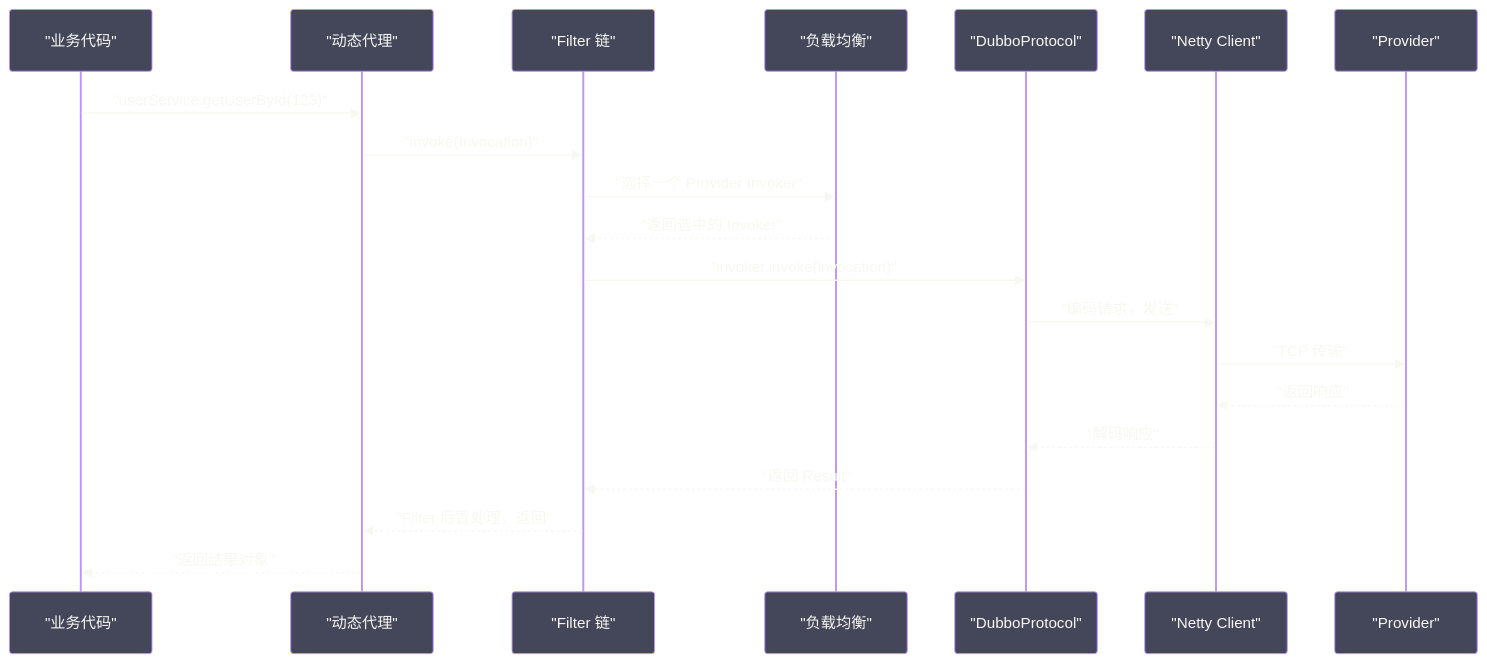
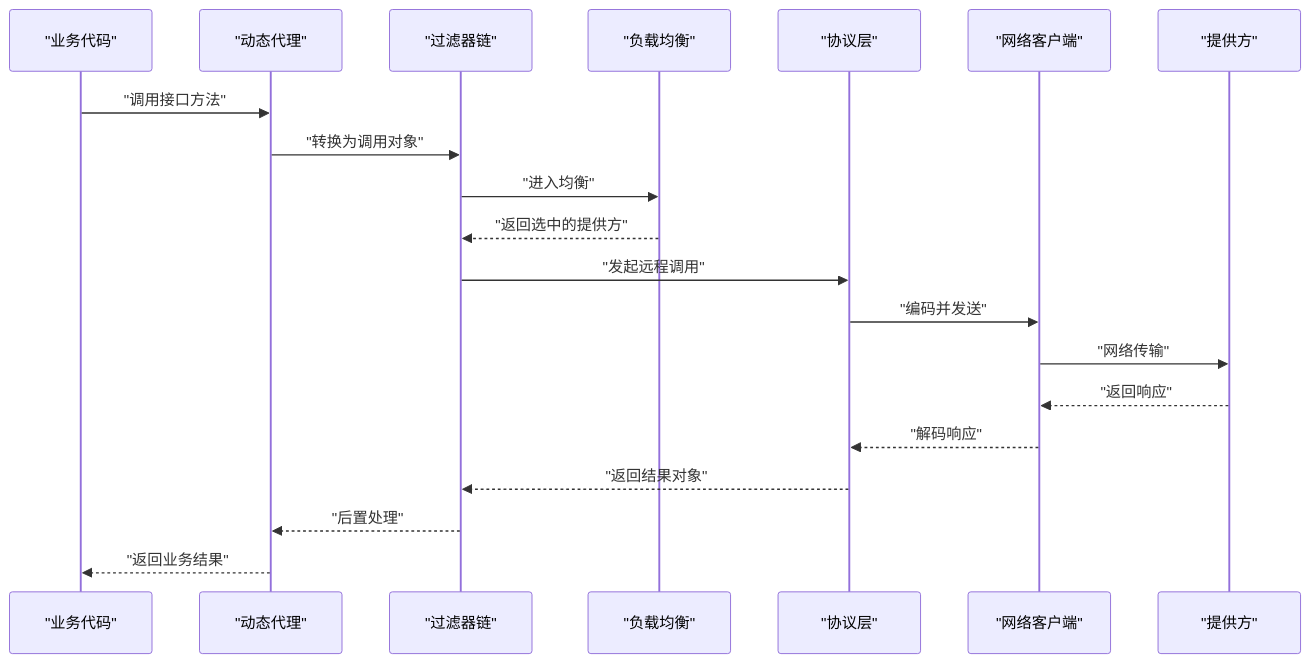
The second of 2 diagrams in content/中间件/Dubbo/01 Dubbo 全局架构——服务注册、发现与调用链路.md (hpliStartAgain/my-brain), drawn with Mermaid before and after one commit. The commit also changed other lines of this file and 56 other files, not shown here.

````diff
--- a/content/中间件/Dubbo/01 Dubbo 全局架构——服务注册、发现与调用链路.md
+++ b/content/中间件/Dubbo/01 Dubbo 全局架构——服务注册、发现与调用链路.md
@@ -192,24 +438,24 @@
 ```mermaid
-%%{init: {'theme': 'base', 'themeVariables': {'primaryColor': '#6272a4', 'primaryTextColor': '#f8f8f2', 'primaryBorderColor': '#bd93f9', 'lineColor': '#ff79c6', 'secondaryColor': '#44475a', 'tertiaryColor': '#282a36', 'background': '#282a36', 'mainBkg': '#44475a'}}}%%
+%%{init: {'theme': 'dracula'}}%%
 sequenceDiagram
     participant BIZ as "业务代码"
-    participant PROXY as "动态代理"
-    participant FILTER as "Filter 链"
+    participant PX as "动态代理"
+    participant FL as "过滤器链"
     participant LB as "负载均衡"
-    participant PROTOCOL as "DubboProtocol"
-    participant NETTY as "Netty Client"
-    participant PROVIDER as "Provider"
+    participant PR as "协议层"
+    participant NT as "网络客户端"
+    participant SV as "提供方"
 
-    BIZ->>PROXY: "userService.getUserById(123)"
-    PROXY->>FILTER: "invoke(Invocation)"
-    FILTER->>LB: "选择一个 Provider Invoker"
-    LB-->>FILTER: "返回选中的 Invoker"
-    FILTER->>PROTOCOL: "invoker.invoke(invocation)"
-    PROTOCOL->>NETTY: "编码请求，发送"
-    NETTY->>PROVIDER: "TCP 传输"
-    PROVIDER-->>NETTY: "返回响应"
-    NETTY-->>PROTOCOL: "解码响应"
-    PROTOCOL-->>FILTER: "返回 Result"
-    FILTER-->>PROXY: "Filter 后置处理，返回"
-    PROXY-->>BIZ: "返回结果对象"
+    BIZ->>PX: "调用接口方法"
+    PX->>FL: "转换为调用对象"
+    FL->>LB: "进入均衡"
+    LB-->>FL: "返回选中的提供方"
+    FL->>PR: "发起远程调用"
+    PR->>NT: "编码并发送"
+    NT->>SV: "网络传输"
+    SV-->>NT: "返回响应"
+    NT-->>PR: "解码响应"
+    PR-->>FL: "返回结果对象"
+    FL-->>PX: "后置处理"
+    PX-->>BIZ: "返回业务结果"
 ```
````
